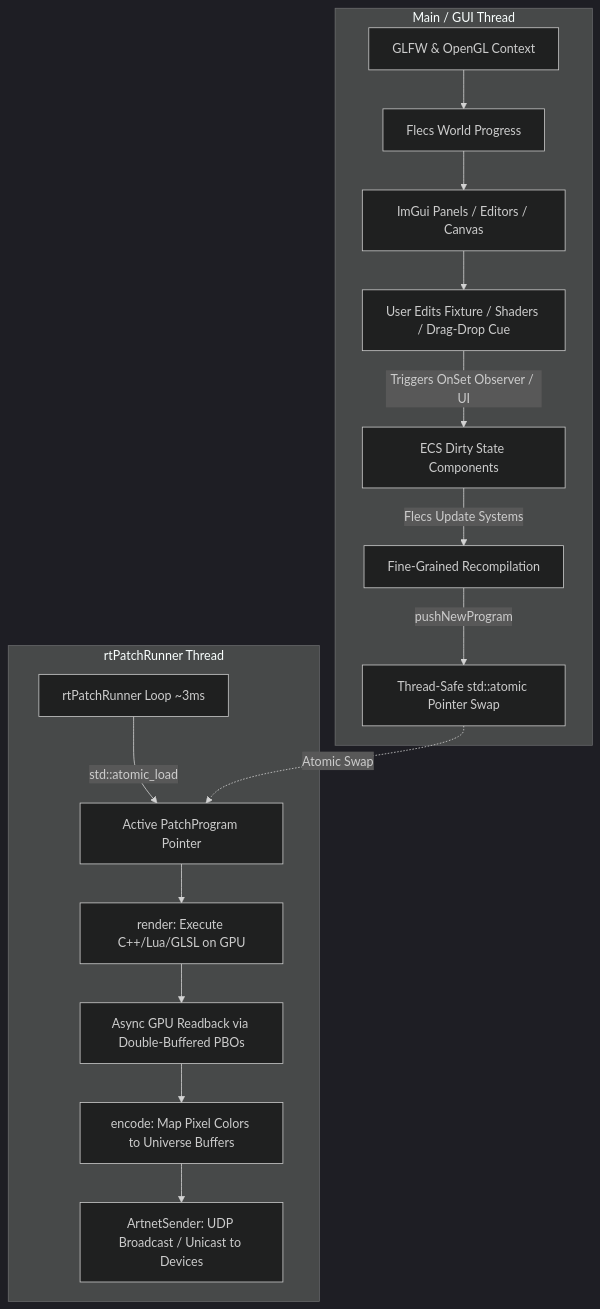
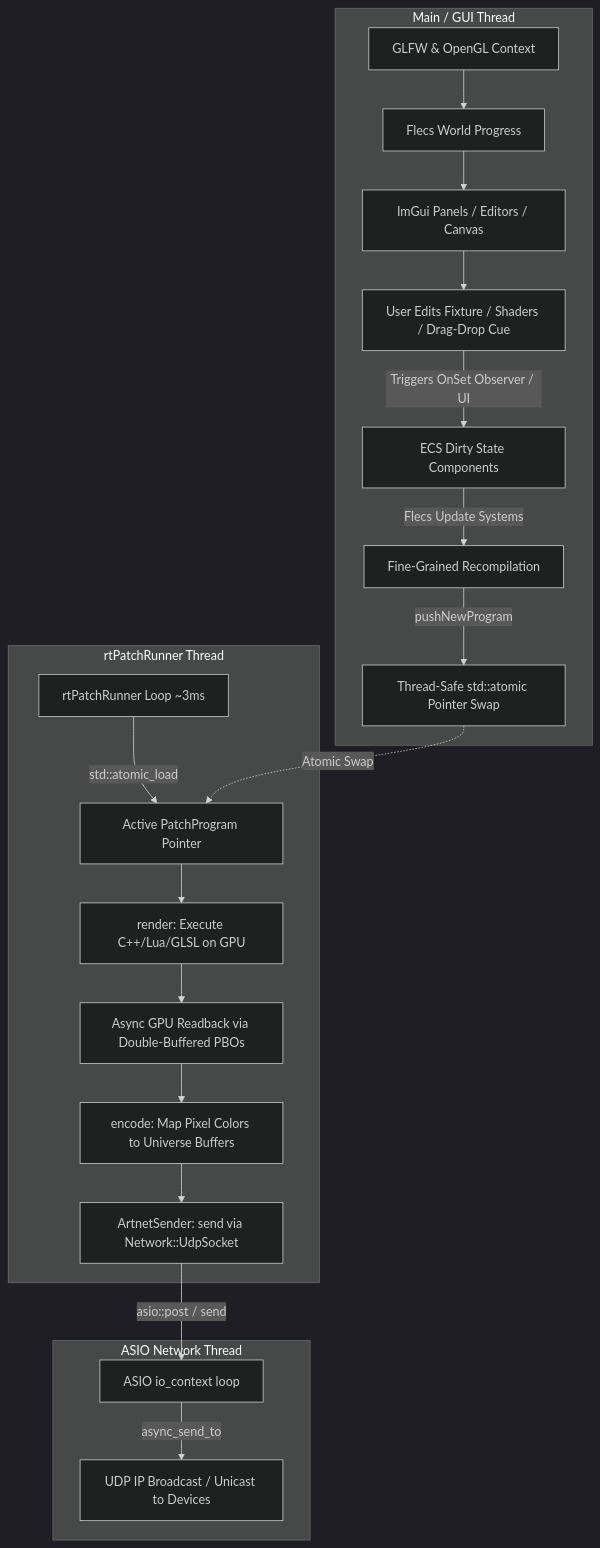
The diagram in ARCHITECTURE.md (Guistac/PixelMapper), drawn with Mermaid (dark theme) before and after one commit. The commit also changed other lines of this file, not shown here.

Commit message:
update architecture documentation

````diff
--- a/ARCHITECTURE.md
+++ b/ARCHITECTURE.md
@@ -36,21 +37,26 @@
 ```mermaid
 graph TD
     subgraph Main Thread [Main / GUI Thread]
         A[GLFW & OpenGL Context] --> B[Flecs World Progress]
         B --> C[ImGui Panels / Editors / Canvas]
         C --> D[User Edits Fixture / Shaders / Drag-Drop Cue]
         D -->|Triggers OnSet Observer / UI| E[ECS Dirty State Components]
         E -->|Flecs Update Systems| F[Fine-Grained Recompilation]
         F -->|pushNewProgram| G[Thread-Safe std::atomic Pointer Swap]
     end
 
     subgraph Real-Time Thread [rtPatchRunner Thread]
         H[rtPatchRunner Loop ~3ms] -->|std::atomic_load| I[Active PatchProgram Pointer]
         I --> J[render: Execute C++/Lua/GLSL on GPU]
         J --> K[Async GPU Readback via Double-Buffered PBOs]
         K --> L[encode: Map Pixel Colors to Universe Buffers]
-        L --> M[ArtnetSender: UDP Broadcast / Unicast to Devices]
+        L --> M[ArtnetSender: send via Network::UdpSocket]
+    end
+
+    subgraph Network Thread [ASIO Network Thread]
+        N[ASIO io_context loop] -->|async_send_to| O[UDP IP Broadcast / Unicast to Devices]
     end
 
     G -.->|Atomic Swap| I
+    M -->|asio::post / send| N
 ```
````
